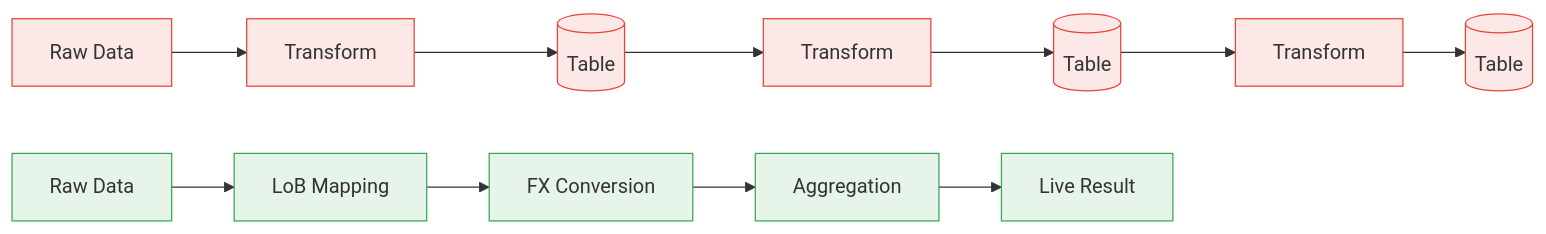
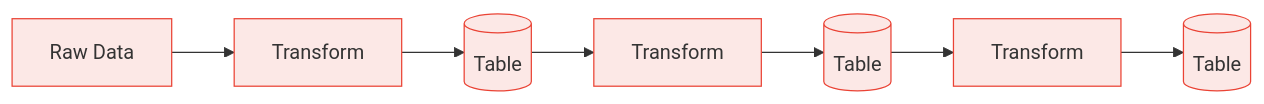
The seventh of 12 diagrams in samples/Graph/Data/FutuRe/WhyDataMesh.md (Systemorph/MeshWeaver), drawn with Mermaid before and after one commit. The commit also changed other lines of this file and 31 other files, not shown here.

````diff
--- a/samples/Graph/Data/FutuRe/WhyDataMesh.md
+++ b/samples/Graph/Data/FutuRe/WhyDataMesh.md
@@ -82,11 +122,7 @@
 ```mermaid
 graph LR
     RAW1[Raw Data] --> T1[Transform] --> TBL1[(Table)] --> T2[Transform] --> TBL2[(Table)] --> T3[Transform] --> TBL3[(Table)]
 
-    RAW2[Raw Data] --> V1[LoB Mapping] --> V2[FX Conversion] --> V3[Aggregation] --> OUT[Live Result]
-
     classDef mat fill:#fce8e6,stroke:#ea4335,color:#333
-    classDef virt fill:#e6f4ea,stroke:#34a853,color:#333
     class RAW1,T1,TBL1,T2,TBL2,T3,TBL3 mat
-    class RAW2,V1,V2,V3,OUT virt
 ```
````
